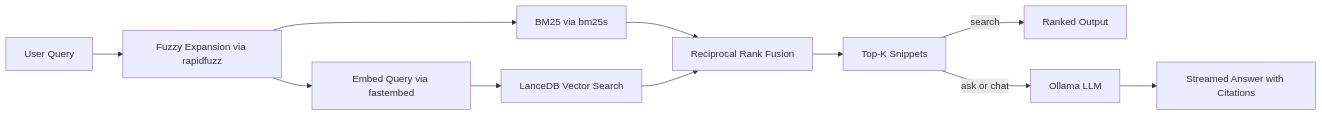
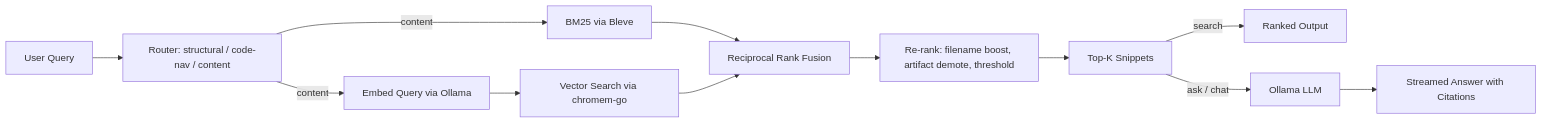
Before and after one commit to Henildiyora/DocuMind: the diagram in README.md, drawn with Mermaid. The commit also changed other lines of this file and 72 other files, not shown here.

````diff
--- a/README.md
+++ b/README.md
@@ -244,13 +183,14 @@
 ```mermaid
 flowchart LR
-    q[User Query] --> fz[Fuzzy Expansion via rapidfuzz]
-    fz --> bm[BM25 via bm25s]
-    fz --> ev[Embed Query via fastembed]
-    ev --> vs[LanceDB Vector Search]
+    q[User Query] --> rt[Router: structural / code-nav / content]
+    rt -->|content| bm[BM25 via Bleve]
+    rt -->|content| ev[Embed Query via Ollama]
+    ev --> vs[Vector Search via chromem-go]
     bm --> rrf[Reciprocal Rank Fusion]
     vs --> rrf
-    rrf --> hits[Top-K Snippets]
+    rrf --> ref[Re-rank: filename boost, artifact demote, threshold]
+    ref --> hits[Top-K Snippets]
     hits -->|search| out1[Ranked Output]
-    hits -->|ask or chat| llm[Ollama LLM]
+    hits -->|ask / chat| llm[Ollama LLM]
     llm --> out2[Streamed Answer with Citations]
 ```
````
